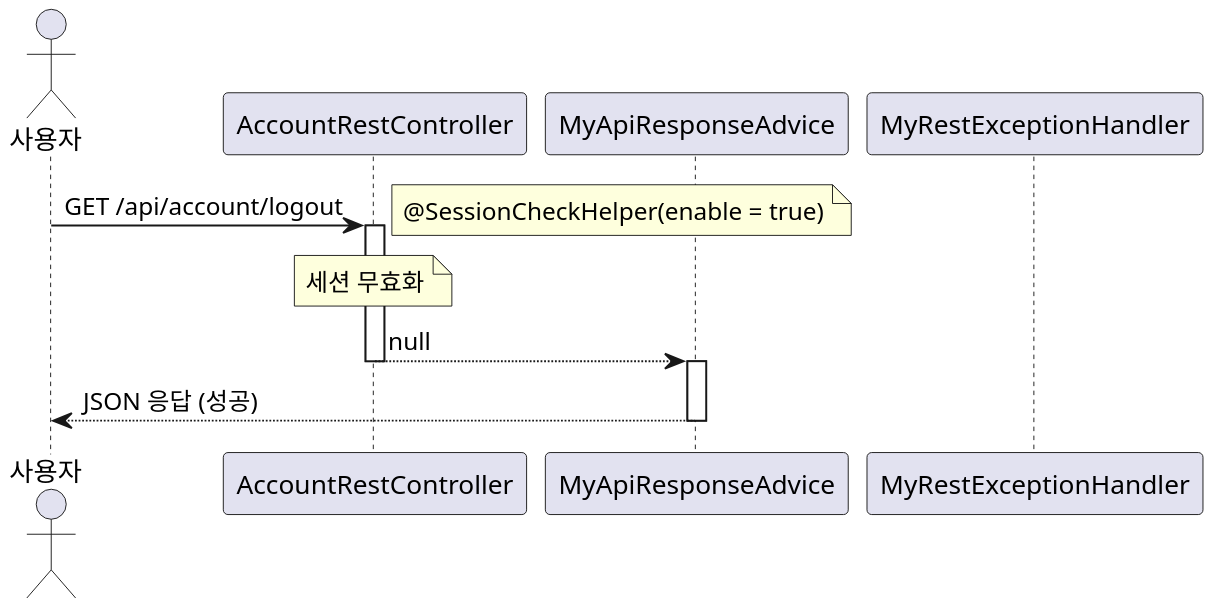
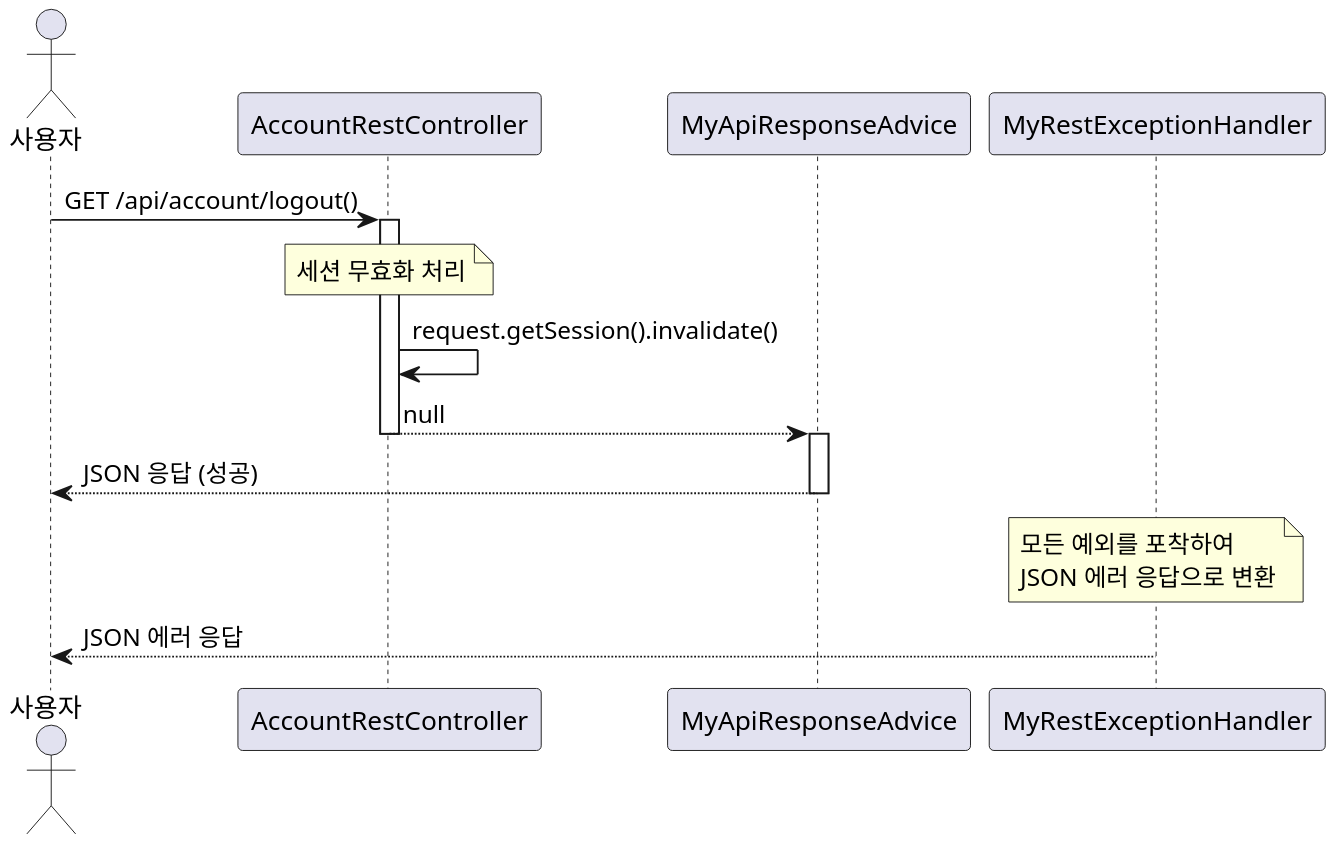
The diagram in uml/AccountRestController/logout_Sequence.puml (leekh4232/study-myshop), drawn with PlantUML before and after one commit. The commit also changed 138 other files, not shown here.

```diff
--- a/uml/AccountRestController/logout_Sequence.puml
+++ b/uml/AccountRestController/logout_Sequence.puml
@@ -1,21 +1,24 @@
 @startuml
 skinparam dpi 200
 
 actor Actor as "사용자"
 participant AccountRestController
 participant MyApiResponseAdvice
 participant MyRestExceptionHandler
 
-Actor -> AccountRestController: GET /api/account/logout
+Actor -> AccountRestController: GET /api/account/logout()
 activate AccountRestController
-note right: @SessionCheckHelper(enable = true)
 
-note over AccountRestController: 세션 무효화
+note over AccountRestController: 세션 무효화 처리
+AccountRestController -> AccountRestController: request.getSession().invalidate()
 
 AccountRestController --> MyApiResponseAdvice: null
 deactivate AccountRestController
 activate MyApiResponseAdvice
 MyApiResponseAdvice --> Actor: JSON 응답 (성공)
 deactivate MyApiResponseAdvice
 
+note over MyRestExceptionHandler: 모든 예외를 포착하여\nJSON 에러 응답으로 변환
+MyRestExceptionHandler --> Actor: JSON 에러 응답
+
 @enduml
```
